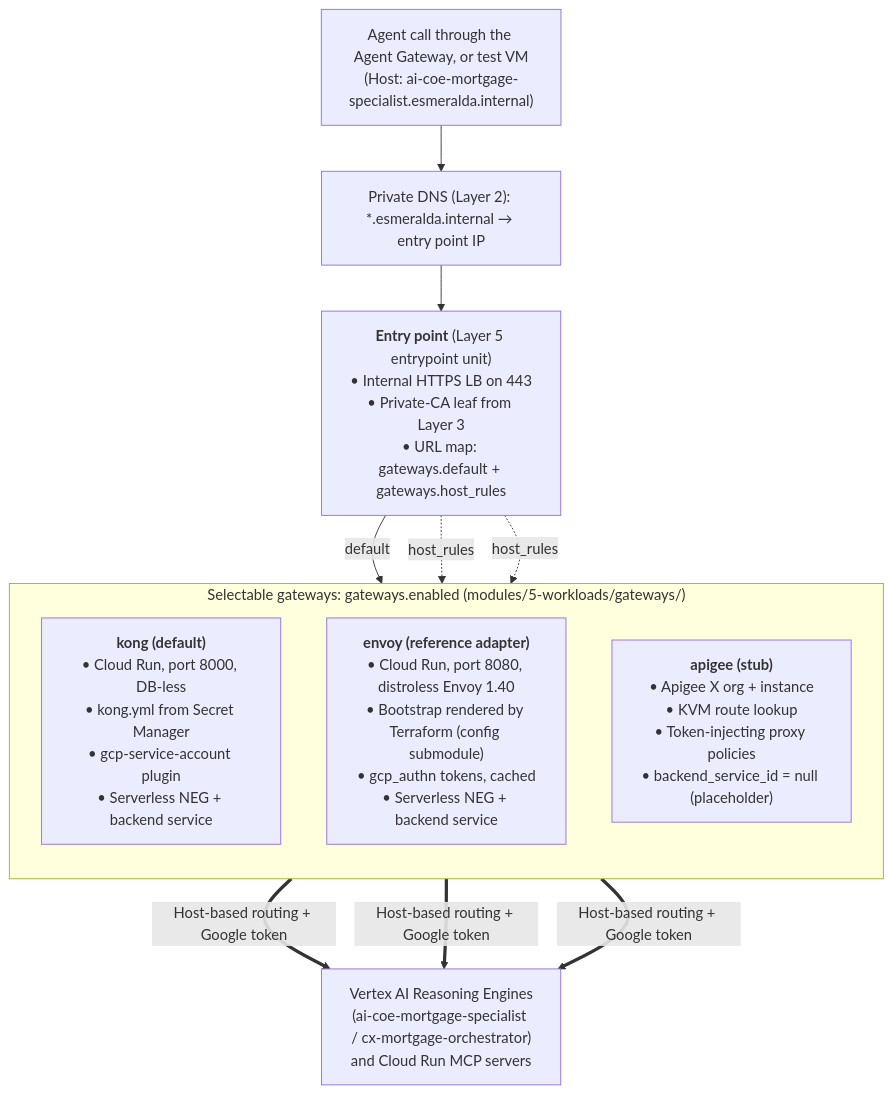
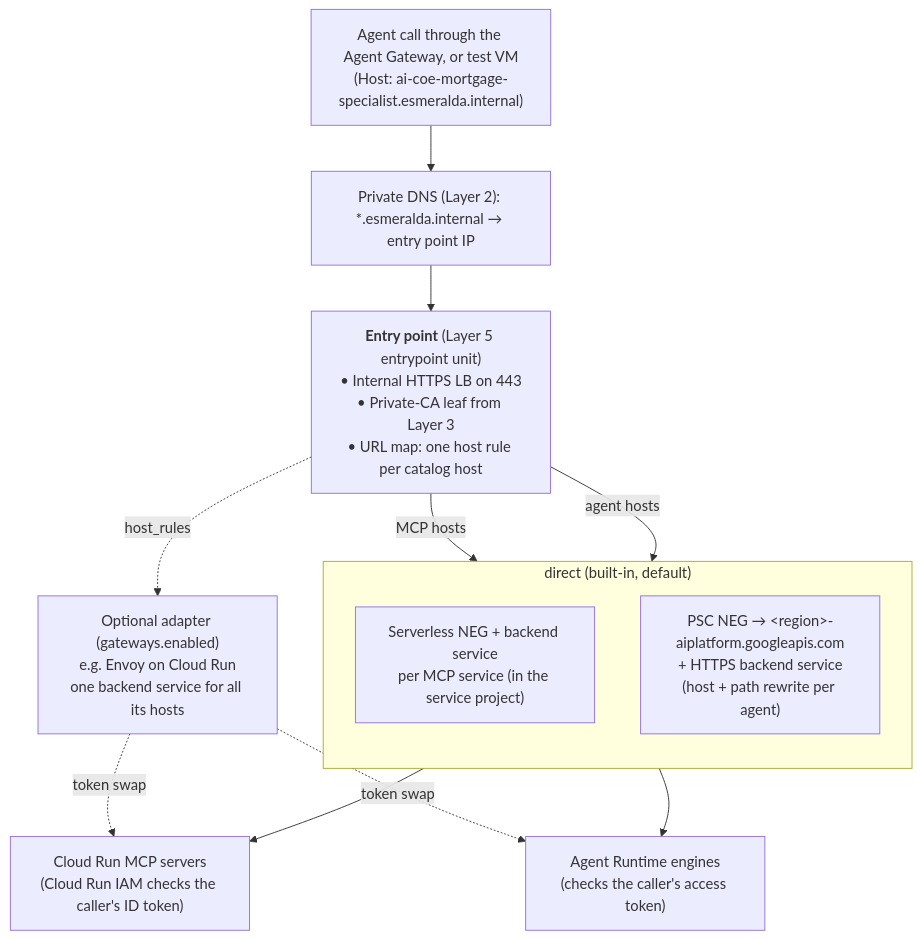
Before and after one commit to google/esmeralda: the diagram in docs/src/2-workloads-and-catalog/01-ingress-gateways.md, drawn with Mermaid. The commit also changed other lines of this file and 93 other files, not shown here.

Commit message:
feat(gateway): built-in direct backend by default, service catalog, and remove Kong

````diff
--- a/docs/src/2-workloads-and-catalog/01-ingress-gateways.md
+++ b/docs/src/2-workloads-and-catalog/01-ingress-gateways.md
@@ -67,21 +60,24 @@
 ```mermaid
 flowchart TD
     Req["Agent call through the Agent Gateway, or test VM<br/>(Host: ai-coe-mortgage-specialist.esmeralda.internal)"]
     DNS["Private DNS (Layer 2): *.esmeralda.internal → entry point IP"]
-    EP["<b>Entry point</b> (Layer 5 entrypoint unit)<br/>• Internal HTTPS LB on 443<br/>• Private-CA leaf from Layer 3<br/>• URL map: gateways.default + gateways.host_rules"]
+    EP["<b>Entry point</b> (Layer 5 entrypoint unit)<br/>• Internal HTTPS LB on 443<br/>• Private-CA leaf from Layer 3<br/>• URL map: one host rule per catalog host"]
 
-    subgraph Adapters["Selectable gateways: gateways.enabled (modules/5-workloads/gateways/)"]
+    subgraph Direct["direct (built-in, default)"]
         direction TB
-        OptB["<b>kong (default)</b><br/>• Cloud Run, port 8000, DB-less<br/>• kong.yml from Secret Manager<br/>• gcp-service-account plugin<br/>• Serverless NEG + backend service"]
-        OptC["<b>envoy (reference adapter)</b><br/>• Cloud Run, port 8080, distroless Envoy 1.40<br/>• Bootstrap rendered by Terraform (config submodule)<br/>• gcp_authn tokens, cached<br/>• Serverless NEG + backend service"]
-        OptA["<b>apigee (stub)</b><br/>• Apigee X org + instance<br/>• KVM route lookup<br/>• Token-injecting proxy policies<br/>• backend_service_id = null (placeholder)"]
+        SNEG["Serverless NEG + backend service<br/>per MCP service (in the service project)"]
+        PNEG["PSC NEG → &lt;region&gt;-aiplatform.googleapis.com<br/>+ HTTPS backend service<br/>(host + path rewrite per agent)"]
     end
 
-    Backend["Vertex AI Reasoning Engines<br/>(ai-coe-mortgage-specialist / cx-mortgage-orchestrator)<br/>and Cloud Run MCP servers"]
+    Adapter["Optional adapter (gateways.enabled)<br/>e.g. Envoy on Cloud Run<br/>one backend service for all its hosts"]
+
+    MCP["Cloud Run MCP servers<br/>(Cloud Run IAM checks the caller's ID token)"]
+    AR["Agent Runtime engines<br/>(checks the caller's access token)"]
 
     Req --> DNS --> EP
-    EP -->|default| OptB
-    EP -.->|host_rules| OptC
-    EP -.->|host_rules| OptA
-    OptB & OptC & OptA ==>|Host-based routing + Google token| Backend
+    EP -->|"MCP hosts"| SNEG --> MCP
+    EP -->|"agent hosts"| PNEG --> AR
+    EP -.->|"host_rules"| Adapter
+    Adapter -.->|"token swap"| MCP
+    Adapter -.->|"token swap"| AR
 ```
````
